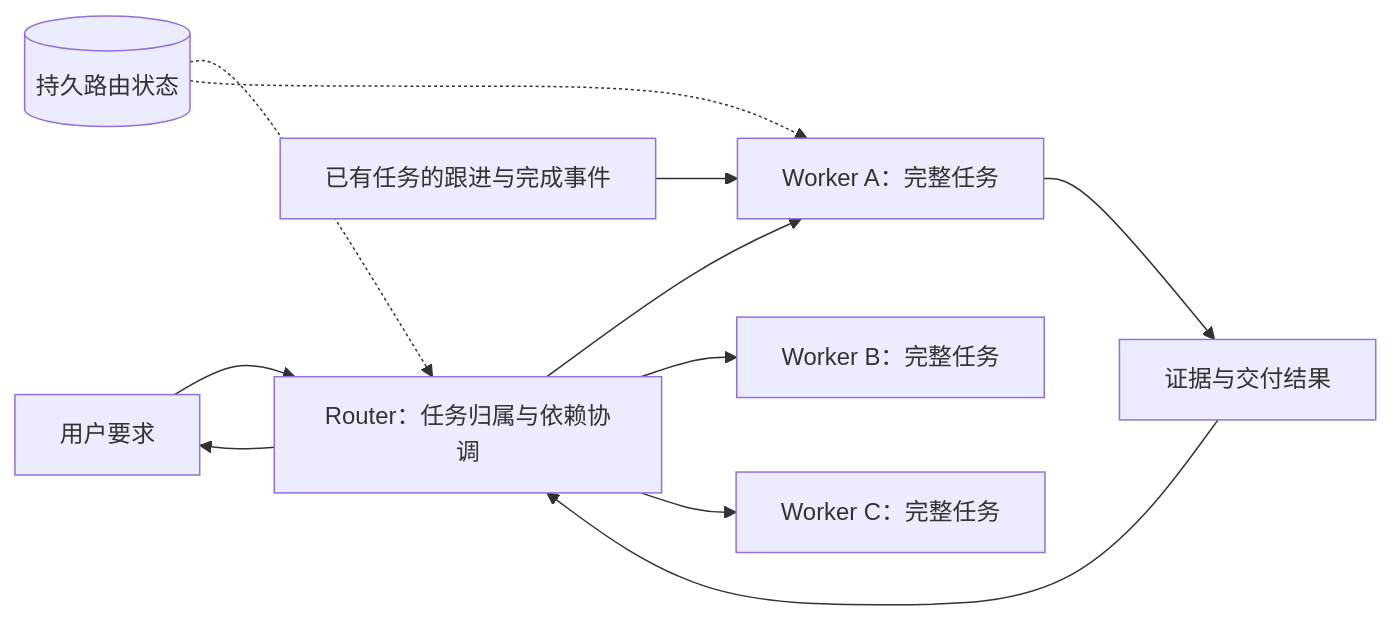
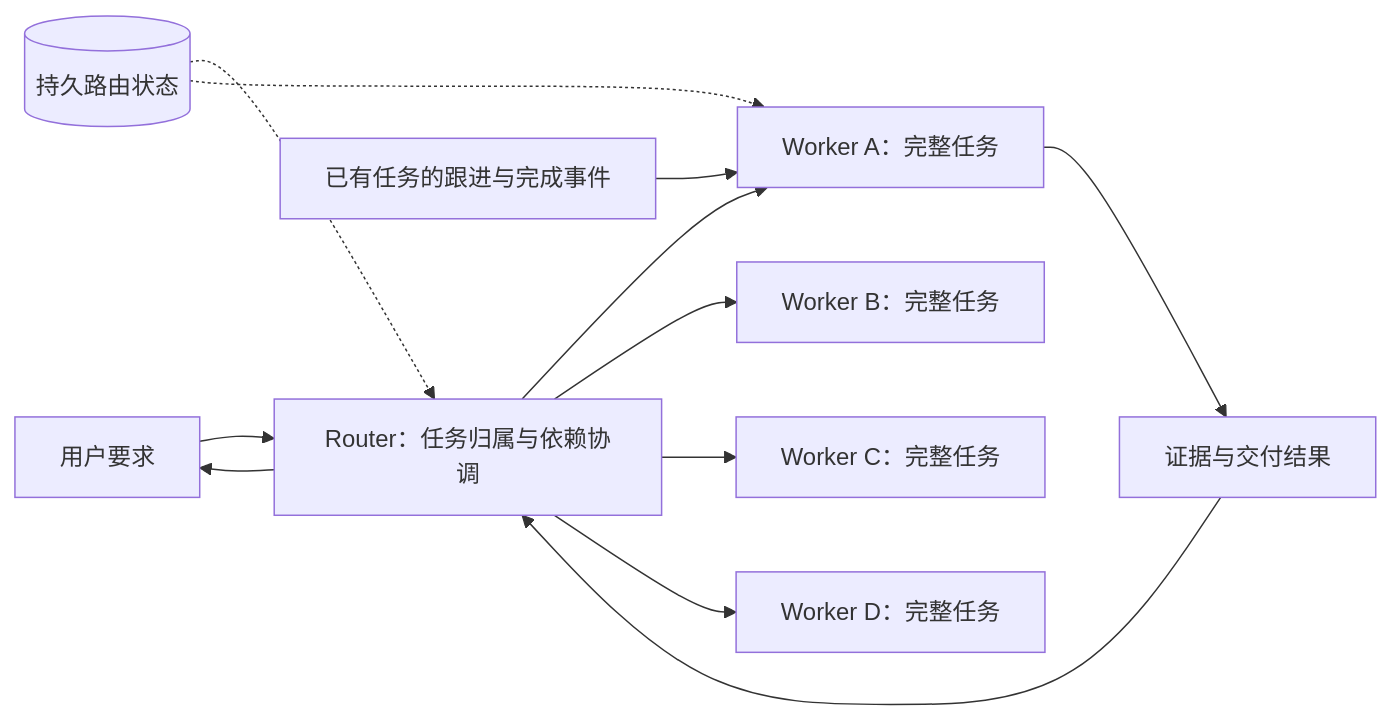
The diagram in README.zh-CN.md (lishuoipad/codex-superagent), drawn with Mermaid before and after one commit. The commit also changed other lines of this file and 2 other files, not shown here.

Commit message:
docs: align setup examples with four-worker team

```diff
--- a/README.zh-CN.md
+++ b/README.zh-CN.md
@@ -31,13 +31,14 @@
 ~~~mermaid
 flowchart LR
     U[用户要求] --> R[Router：任务归属与依赖协调]
     R --> A[Worker A：完整任务]
     R --> B[Worker B：完整任务]
     R --> C[Worker C：完整任务]
+    R --> D[Worker D：完整任务]
     E[已有任务的跟进与完成事件] --> A
-    A --> D[证据与交付结果]
-    D --> R
+    A --> O[证据与交付结果]
+    O --> R
     R --> U
     S[(持久路由状态)] -.-> R
     S -.-> A
 ~~~
```
